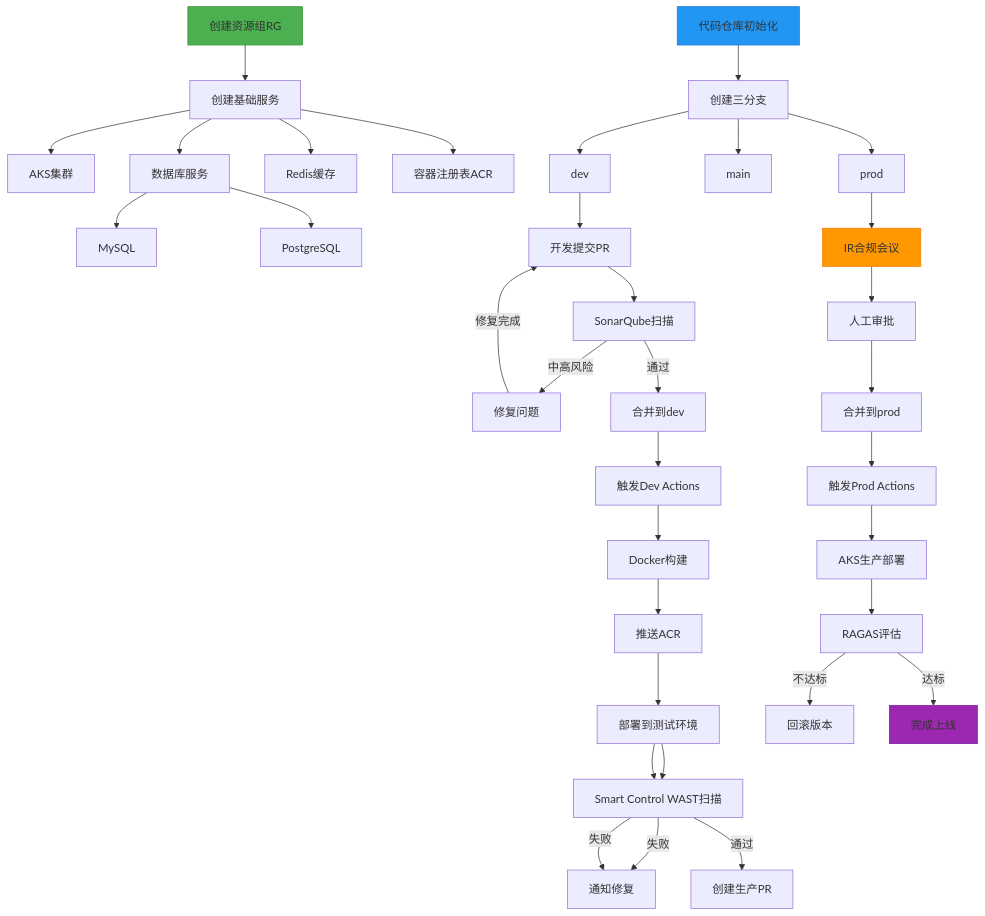
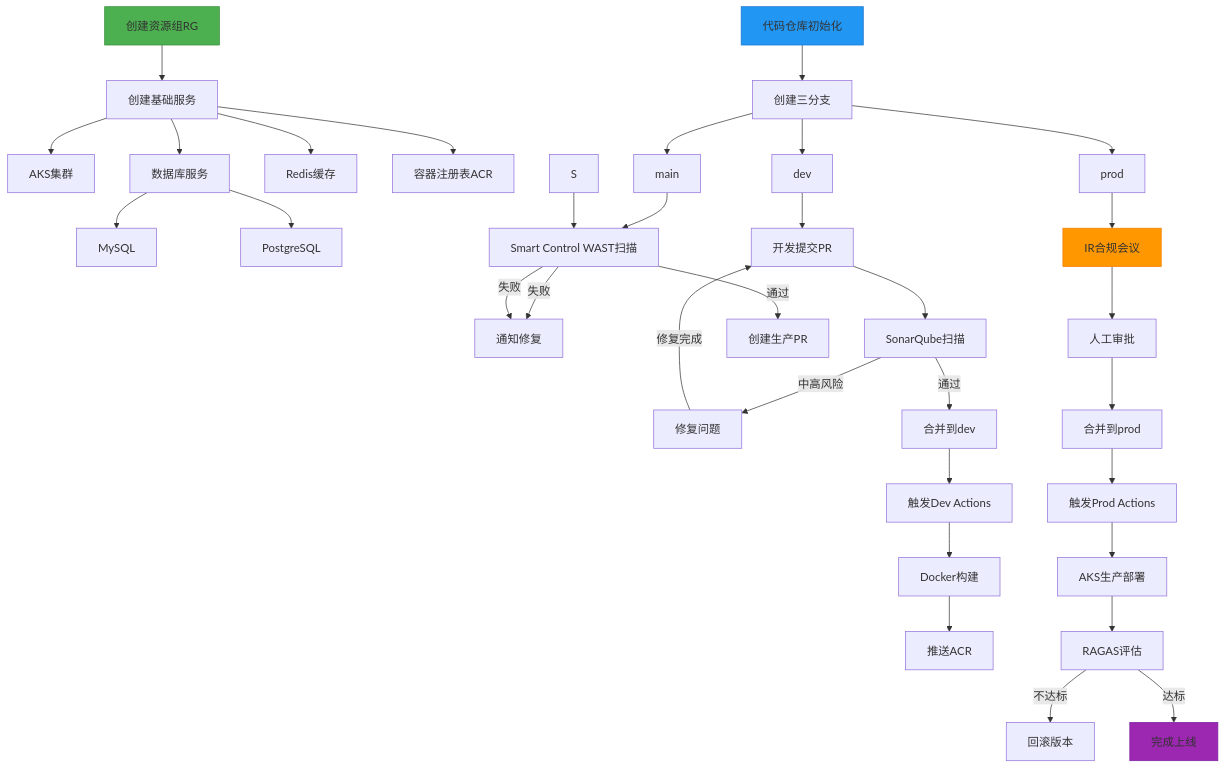
Before and after one commit to funnyData/iodraw-files: the diagram in all/未命名-1.md, drawn with Mermaid.

Commit message:
2025-02-27 09:11:00 update

````diff
--- a/all/未命名-1.md
+++ b/all/未命名-1.md
@@ -1,54 +1,54 @@
 ```mermaid
 graph TD
     A[创建资源组RG] --> B[创建基础服务]
     B --> C[AKS集群]
     B --> D[数据库服务]
     D --> DA[MySQL]
     D --> DB[PostgreSQL]
     B --> E[Redis缓存]
     B --> F[容器注册表ACR]
     
     G[代码仓库初始化] --> H[创建三分支]
     H --> I[dev]
     H --> J[main]
     H --> K[prod]
     K --> W[IR合规会议]
-    S --> T[Smart Control WAST扫描]
+    J --> T[Smart Control WAST扫描]
     T -->|失败| U[通知修复]
     I --> L[开发提交PR]
     L --> M[SonarQube扫描]
     M -->|中高风险| N[修复问题]
     N -->|修复完成|L
     M -->|通过| O[合并到dev]
     
     O --> P[触发Dev Actions]
     P --> Q[Docker构建]
     Q --> R[推送ACR]
-    R --> S[部署到测试环境]
+    %% R --> S[部署到测试环境]
     
     S --> T[Smart Control WAST扫描]
     T -->|失败| U[通知修复]
 
     
     T -->|通过| V[创建生产PR]
 
     
     %% V --> W[IR合规会议]
     W --> X[人工审批]
     X --> Y[合并到prod]
     
     Y --> Z[触发Prod Actions]
     Z --> AC[AKS生产部署]
     %% Z --> AA[安全扫描]
     %% AA -->|高风险| AB[终止部署]
     %% AA -->|通过| AC[AKS生产部署]
     
     AC --> AD[RAGAS评估]
     AD -->|不达标| AE[回滚版本]
     AD -->|达标| AF[完成上线]
     
     style A fill:#4CAF50,stroke:#388E3C
     style G fill:#2196F3,stroke:#1976D2
     style W fill:#FF9800,stroke:#F57C00
     style AF fill:#9C27B0,stroke:#7B1FA2
 ```
````
